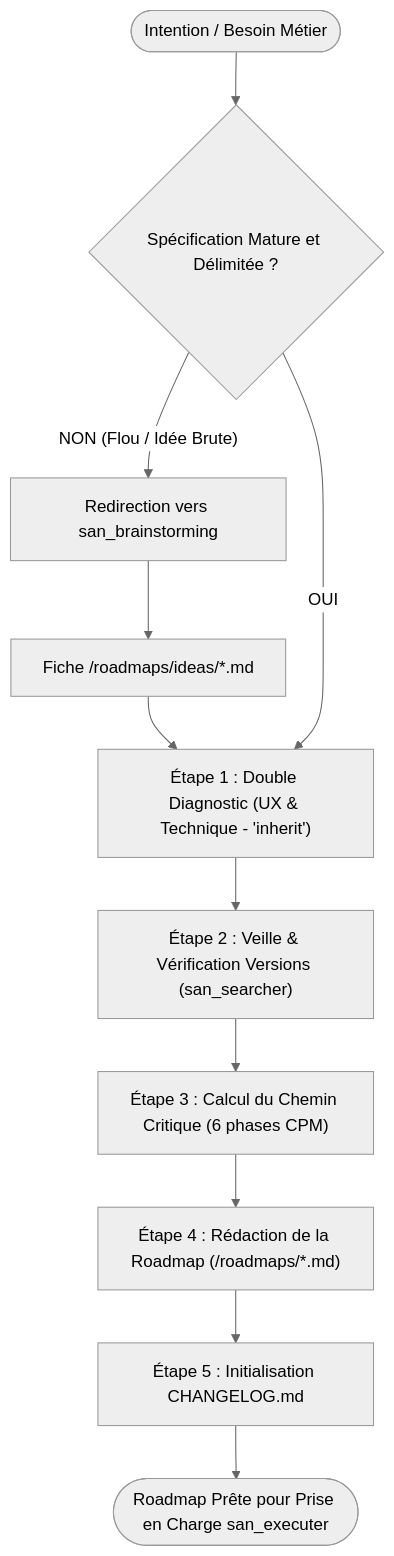
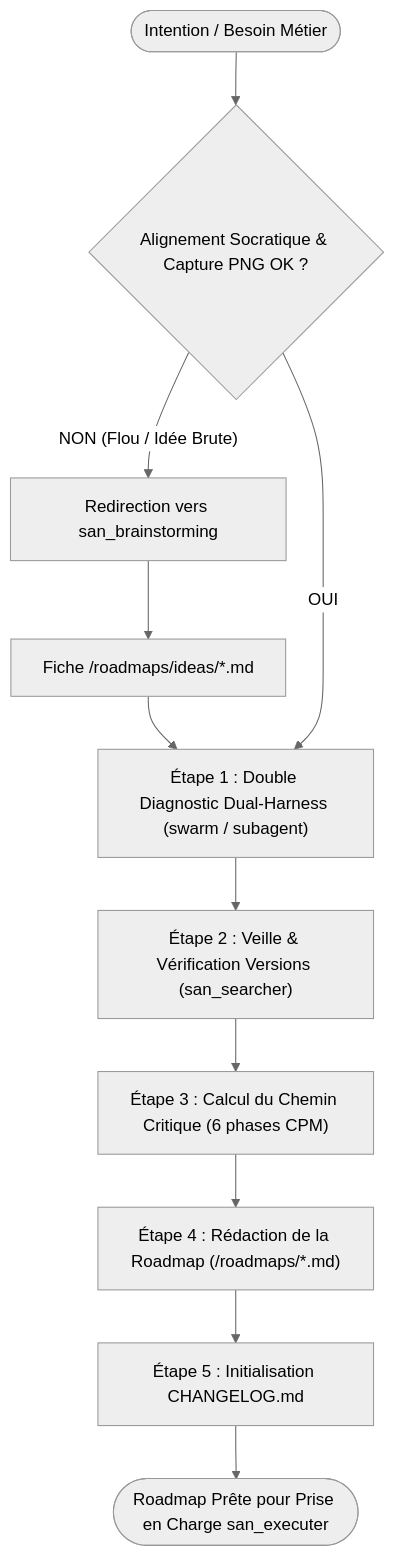
The second of 3 diagrams in skills/san_planner.md (alexsan-dev/san_agy_framework), drawn with Mermaid (neutral theme) before and after one commit. The commit also changed other lines of this file and 69 other files, not shown here.

Commit message:
release(v2.2.0): dual-harness Antigravity + OpenCode V2, models CLI, san_transcriber & cognitive unshackling

````diff
--- a/skills/san_planner.md
+++ b/skills/san_planner.md
@@ -328,16 +330,16 @@
 ```mermaid
 flowchart TD
-    Start(["Intention / Besoin Métier"]) --> Step0{"Spécification Mature et Délimitée ?"}
+    Start(["Intention / Besoin Métier"]) --> Step0{"Alignement Socratique & Capture PNG OK ?"}
     
     Step0 -->|"NON (Flou / Idée Brute)"| CallBrainstorm["Redirection vers san_brainstorming"]
     CallBrainstorm --> FicheIdea["Fiche /roadmaps/ideas/*.md"]
     FicheIdea --> Step1
     
-    Step0 -->|"OUI"| Step1["Étape 1 : Double Diagnostic (UX & Technique - 'inherit')"]
+    Step0 -->|"OUI"| Step1["Étape 1 : Double Diagnostic Dual-Harness (swarm / subagent)"]
     
     Step1 --> Step2["Étape 2 : Veille & Vérification Versions (san_searcher)"]
     Step2 --> Step3["Étape 3 : Calcul du Chemin Critique (6 phases CPM)"]
     Step3 --> Step4["Étape 4 : Rédaction de la Roadmap (/roadmaps/*.md)"]
     Step4 --> Step5["Étape 5 : Initialisation CHANGELOG.md"]
     Step5 --> EndVal(["Roadmap Prête pour Prise en Charge san_executer"])
 ```
````
